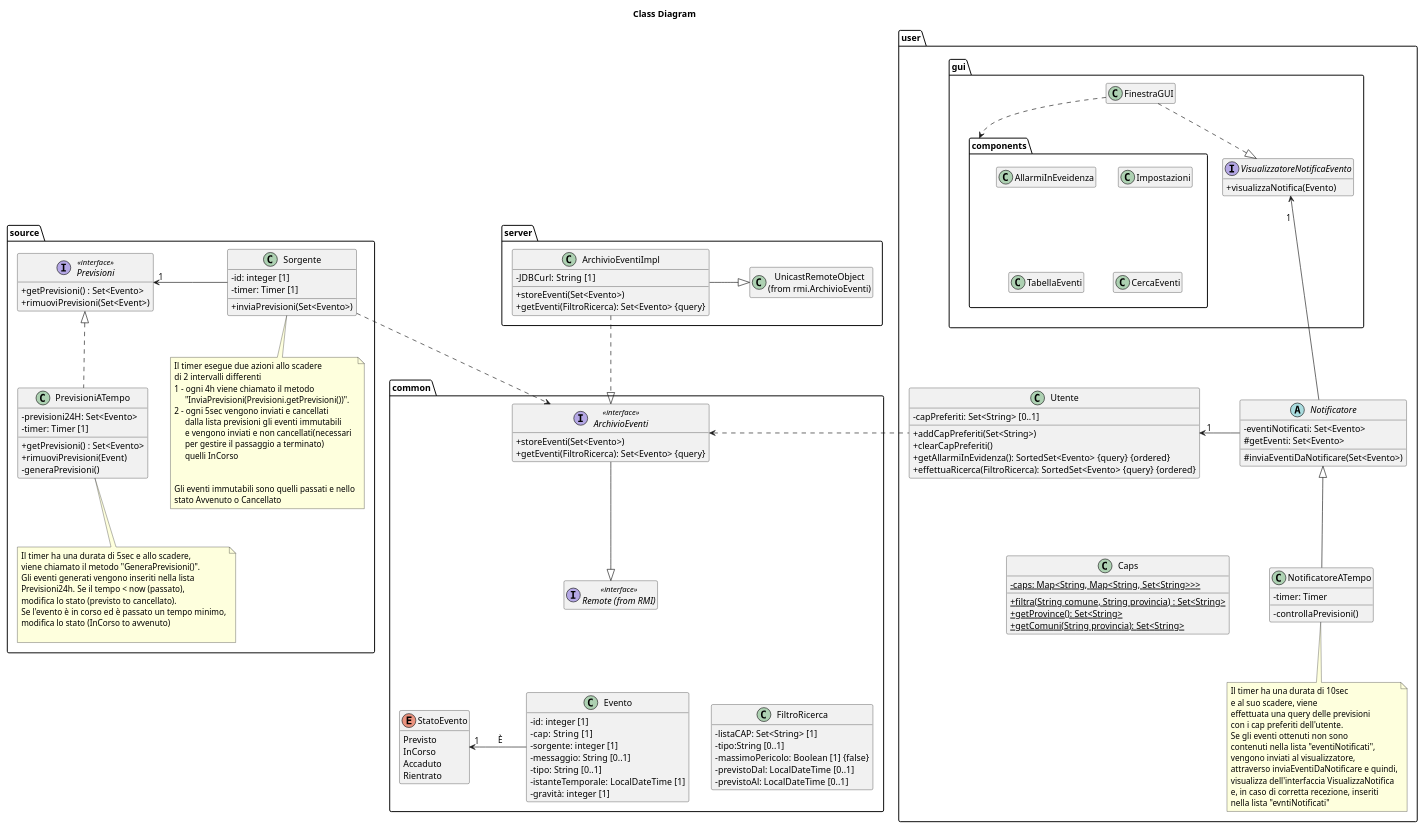
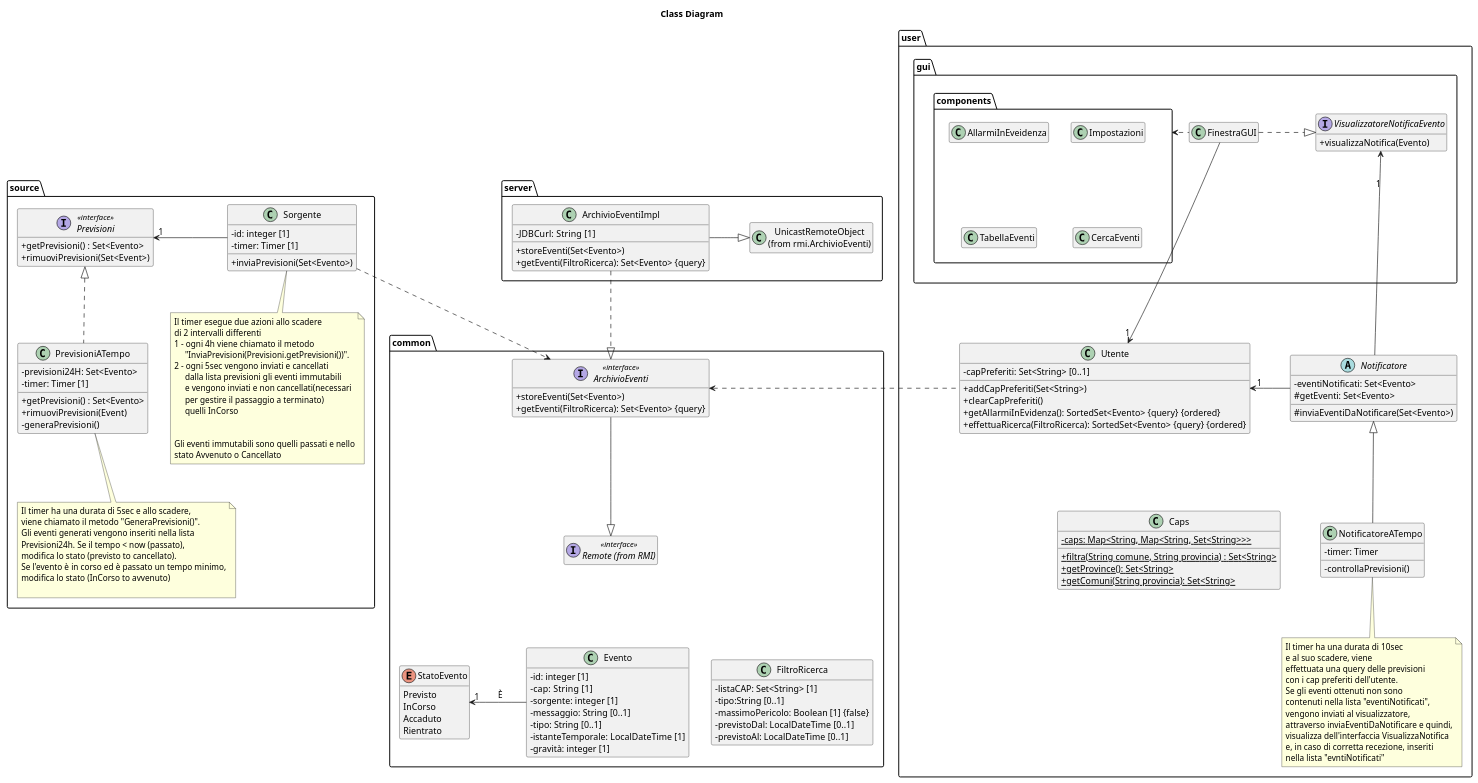
The diagram in UML/src/class.puml (xFA25E/sweng_14_2019), drawn with PlantUML before and after one commit. The commit also changed 3 other files, not shown here.

Commit message:
Object and Class diagrams updated (FINAL)

```diff
--- a/UML/src/class.puml
+++ b/UML/src/class.puml
@@ -1,145 +1,146 @@
 @startuml
 title Class Diagram
 package source {
     interface Previsioni<<interface>> {
         + getPrevisioni() : Set<Evento>
         + rimuoviPrevisioni(Set<Event>)
     }
 
     class PrevisioniATempo {
         - previsioni24H: Set<Evento>
         - timer: Timer [1]
         + getPrevisioni() : Set<Evento>
         + rimuoviPrevisioni(Event)
         - generaPrevisioni()
     }
 
     class Sorgente {
         - id: integer [1]
         - timer: Timer [1]
         + inviaPrevisioni(Set<Evento>)
     }
     note bottom of Sorgente: Il timer esegue due azioni allo scadere\ndi 2 intervalli differenti\n1 - ogni 4h viene chiamato il metodo\n     "InviaPrevisioni(Previsioni.getPrevisioni())".\n2 - ogni 5sec vengono inviati e cancellati\n     dalla lista previsioni gli eventi immutabili\n     e vengono inviati e non cancellati(necessari\n     per gestire il passaggio a terminato)\n     quelli InCorso\n\n\nGli eventi immutabili sono quelli passati e nello\nstato Avvenuto o Cancellato
     note bottom of PrevisioniATempo: Il timer ha una durata di 5sec e allo scadere,\nviene chiamato il metodo "GeneraPrevisioni()".\nGli eventi generati vengono inseriti nella lista\nPrevisioni24h. Se il tempo < now (passato),\nmodifica lo stato (previsto to cancellato).\nSe l'evento è in corso ed è passato un tempo minimo,\nmodifica lo stato (InCorso to avvenuto)\n
 
     Previsioni "1" <- Sorgente : \t\t\t
     Previsioni <|.. PrevisioniATempo
 }
 
 package server{
     class ArchivioEventiImpl {
         - JDBCurl: String  [1]
         + storeEventi(Set<Evento>)
         + getEventi(FiltroRicerca): Set<Evento> {query}
     }
 
     class "UnicastRemoteObject\n(from rmi.ArchivioEventi)" as UnicastRemoteObject
 
     ArchivioEventiImpl -|> UnicastRemoteObject :\t
 }
 
 package user {
     class Utente {
         - capPreferiti: Set<String> [0..1]
         + addCapPreferiti(Set<String>)
         + clearCapPreferiti()
         + getAllarmiInEvidenza(): SortedSet<Evento> {query} {ordered}
         + effettuaRicerca(FiltroRicerca): SortedSet<Evento> {query} {ordered}
     }
 
     abstract Notificatore {
         - eventiNotificati: Set<Evento>
         # getEventi: Set<Evento>
         # inviaEventiDaNotificare(Set<Evento>)
     }
 
     class NotificatoreATempo {
         - timer: Timer
         - controllaPrevisioni()
     }
     note bottom of NotificatoreATempo: Il timer ha una durata di 10sec\ne al suo scadere, viene\neffettuata una query delle previsioni\ncon i cap preferiti dell'utente.\nSe gli eventi ottenuti non sono\ncontenuti nella lista "eventiNotificati",\nvengono inviati al visualizzatore,\nattraverso inviaEventiDaNotificare e quindi,\nvisualizza dell'interfaccia VisualizzaNotifica\ne, in caso di corretta recezione, inseriti\nnella lista "evntiNotificati"
 
     class Caps {
         - {static} caps: Map<String, Map<String, Set<String>>>
         + {static} filtra(String comune, String provincia) : Set<String>
         + {static} getProvince(): Set<String>
         + {static} getComuni(String provincia): Set<String>
     }
 
     Utente " 1" <- Notificatore :\t
     Notificatore <|-- NotificatoreATempo
 
     package gui {
         package components  {
             class TabellaEventi
             class Impostazioni
             class CercaEventi
             class AllarmiInEveidenza
         }
 
         class FinestraGUI
 
         interface VisualizzatoreNotificaEvento {
             + visualizzaNotifica(Evento)
         }
 
-        FinestraGUI ..> components
-        FinestraGUI ..|> VisualizzatoreNotificaEvento
+        components <. FinestraGUI 
+        FinestraGUI .|> VisualizzatoreNotificaEvento: \t\t
     }
 
-    VisualizzatoreNotificaEvento "\n1" <-- Notificatore
+    VisualizzatoreNotificaEvento "\n\n1" <-- Notificatore
+    FinestraGUI --> "\n\n\n1" Utente
 }
 
 package common {
     interface ArchivioEventi<<interface>> {
         + storeEventi(Set<Evento>)
         + getEventi(FiltroRicerca): Set<Evento> {query}
     }
 
     interface "Remote (from RMI)" as Remote <<interface>>
     ArchivioEventi --|> Remote
 
     enum StatoEvento {
         Previsto
         InCorso
         Accaduto
         Rientrato
     }
 
     class Evento {
         - id: integer [1]
         - cap: String  [1]
         - sorgente: integer [1]
         - messaggio: String [0..1]
         - tipo: String [0..1]
         - istanteTemporale: LocalDateTime [1]
         - gravità: integer [1]
     }
 
     StatoEvento "1" <- Evento: \tÈ\t
 
     class FiltroRicerca {
         - listaCAP: Set<String> [1]
         - tipo:String [0..1]
         - massimoPericolo: Boolean [1] {false}
         - previstoDal: LocalDateTime [0..1]
         - previstoAl: LocalDateTime [0..1]
     }
 }
 
 Sorgente .> ArchivioEventi
 ArchivioEventiImpl ..|> ArchivioEventi
 ArchivioEventi <. Utente
 
 'Layout only
 hide empty members
 skinparam classAttributeIconSize 0
 Sorgente -[hidden]--- StatoEvento
 Notificatore .[hidden].> FiltroRicerca
 Caps -[hidden]> NotificatoreATempo: \t
 Remote -[hidden]-> FiltroRicerca
 Remote -[hidden]-> Evento
 CercaEventi -[hidden]-> Utente
 Impostazioni -[hidden]-> CercaEventi
 AllarmiInEveidenza -[hidden]-> TabellaEventi
 @enduml
```
